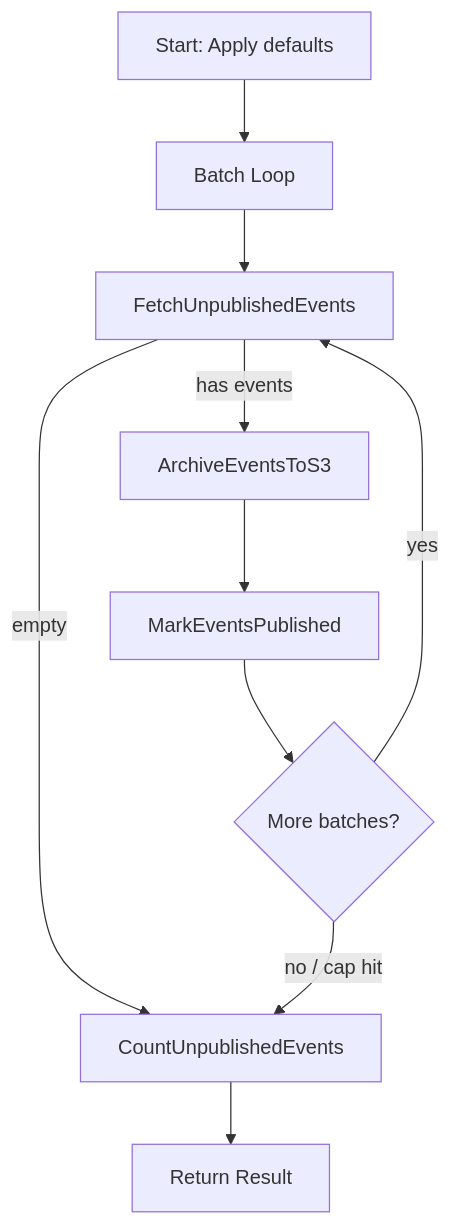
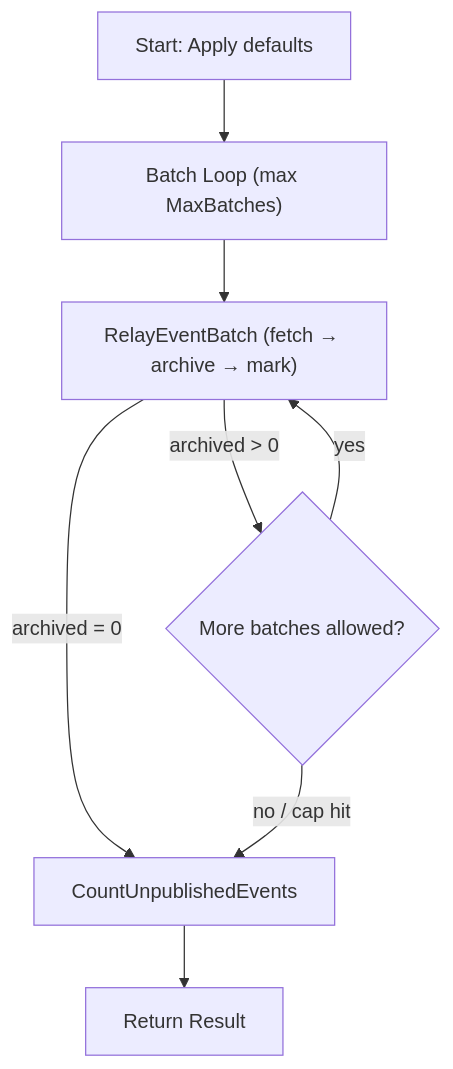
The diagram in internal/application/workflows/eventRelay.doc.md (onasunnymorning/domain-os), drawn with Mermaid before and after one commit. The commit also changed other lines of this file and 4 other files, not shown here.

Commit message:
refactor: consolidate event relay process into a single RelayEventBatch activity and update documentation.

````diff
--- a/internal/application/workflows/eventRelay.doc.md
+++ b/internal/application/workflows/eventRelay.doc.md
@@ -19,12 +21,10 @@
 ```mermaid
 graph TD
-    A["Start: Apply defaults"] --> B["Batch Loop"]
-    B --> C["FetchUnpublishedEvents"]
-    C -->|empty| G["CountUnpublishedEvents"]
-    C -->|has events| D["ArchiveEventsToS3"]
-    D --> E["MarkEventsPublished"]
-    E --> F{"More batches?"}
+    A["Start: Apply defaults"] --> B["Batch Loop (max MaxBatches)"]
+    B --> C["RelayEventBatch (fetch → archive → mark)"]
+    C -->|archived = 0| G["CountUnpublishedEvents"]
+    C -->|archived > 0| F{"More batches allowed?"}
     F -->|yes| C
     F -->|no / cap hit| G
     G --> H["Return Result"]
 ```
````
